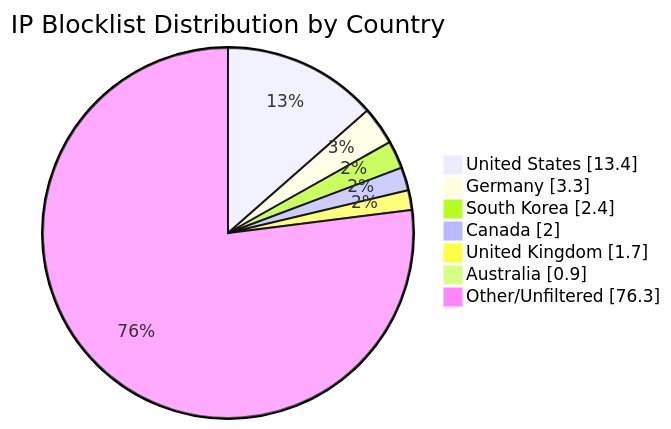
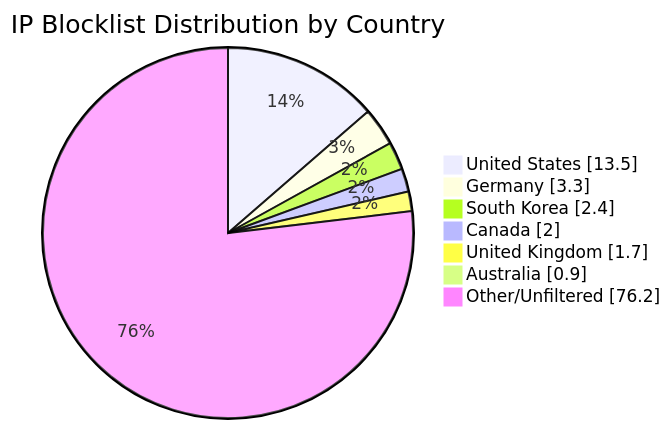
One commit to MarcusHoltz/ipblocklist-geofiltered-aggregator changed the diagram in README.md. Above: the diagram before and after it, drawn with Mermaid. The commit also changed other lines of this file and 9 other files, not shown here.

````diff
--- a/README.md
+++ b/README.md
@@ -34,10 +34,10 @@
 ```mermaid
 pie showData title IP Blocklist Distribution by Country
-"United States" : 13.4
+"United States" : 13.5
 "Germany" : 3.3
 "South Korea" : 2.4
 "Canada" : 2.0
 "United Kingdom" : 1.7
 "Australia" : 0.9
-"Other/Unfiltered" : 76.3
+"Other/Unfiltered" : 76.2
 ```
````
